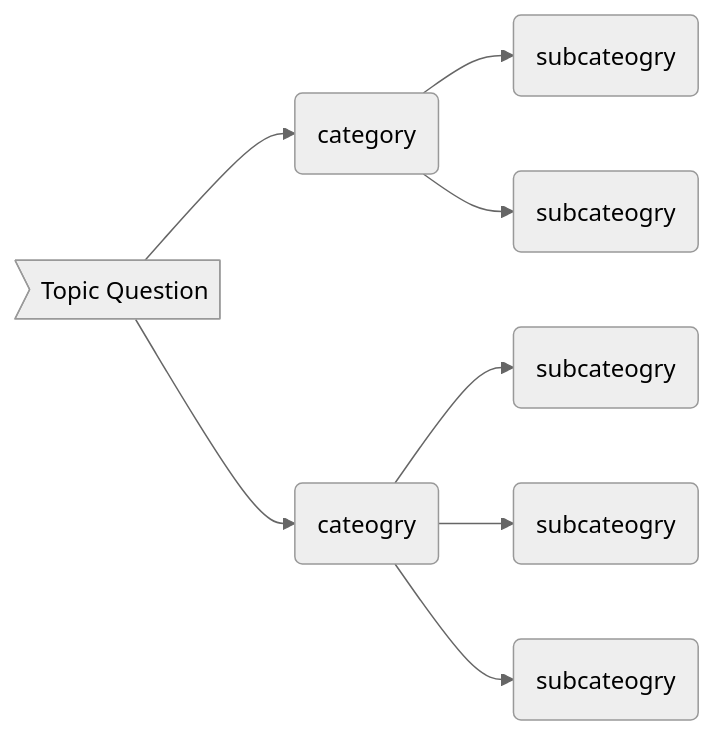
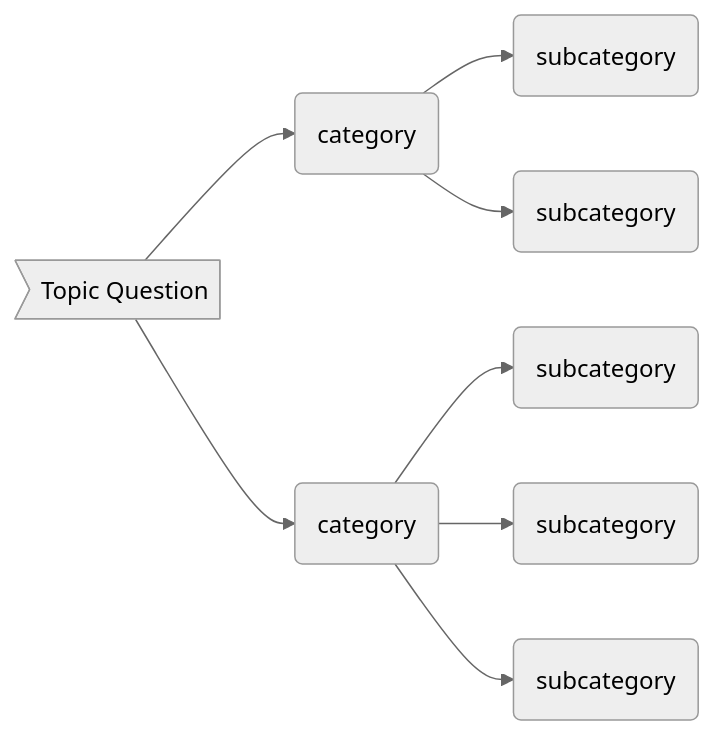
The diagram in coding.mdx (Kontractify/docs), drawn with Mermaid (neutral theme) before and after one commit. The commit also changed other lines of this file and 4 other files, not shown here.

````diff
--- a/coding.mdx
+++ b/coding.mdx
@@ -23,11 +23,11 @@
 ```mermaid
 flowchart LR
     Topic>Topic Question]
     Topic --> A(category)
-    Topic --> B(cateogry)
-    A --> A1(subcateogry)
-    A --> A2(subcateogry)
-    B --> B1(subcateogry)
-    B --> B2(subcateogry)
-    B --> B3(subcateogry)
+    Topic --> B(category)
+    A --> A1(subcategory)
+    A --> A2(subcategory)
+    B --> B1(subcategory)
+    B --> B2(subcategory)
+    B --> B3(subcategory)
 ```
````
